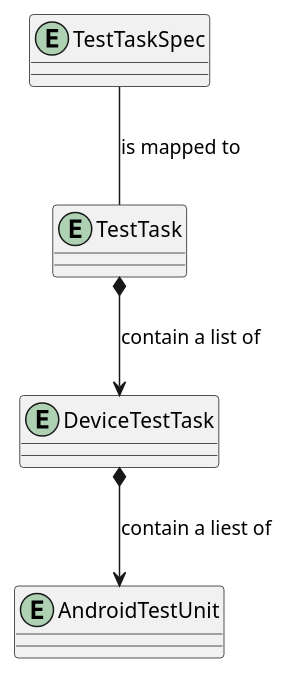
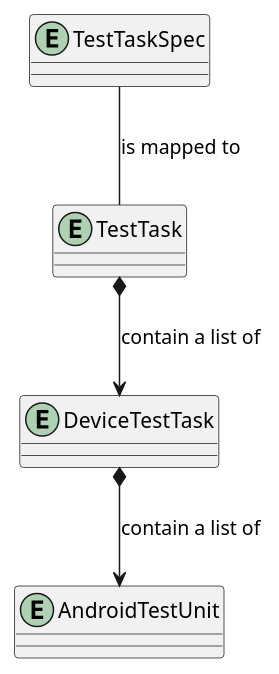
The fifth of 6 diagrams in agent/doc/UML/test_runner_design.puml (microsoft/HydraLab), drawn with PlantUML before and after one commit. The commit also changed other lines of this file and 16 other files, not shown here.

```diff
--- a/agent/doc/UML/test_runner_design.puml
+++ b/agent/doc/UML/test_runner_design.puml
@@ -151,12 +151,12 @@
 @startuml test_objects
 
 entity (TestTaskSpec)
 entity (TestTask)
 entity (DeviceTestTask)
 entity (AndroidTestUnit)
 
 
 TestTaskSpec -- TestTask: is mapped to
 TestTask *--> DeviceTestTask: contain a list of
-DeviceTestTask *--> AndroidTestUnit: contain a liest of
+DeviceTestTask *--> AndroidTestUnit: contain a list of
 @enduml
```
